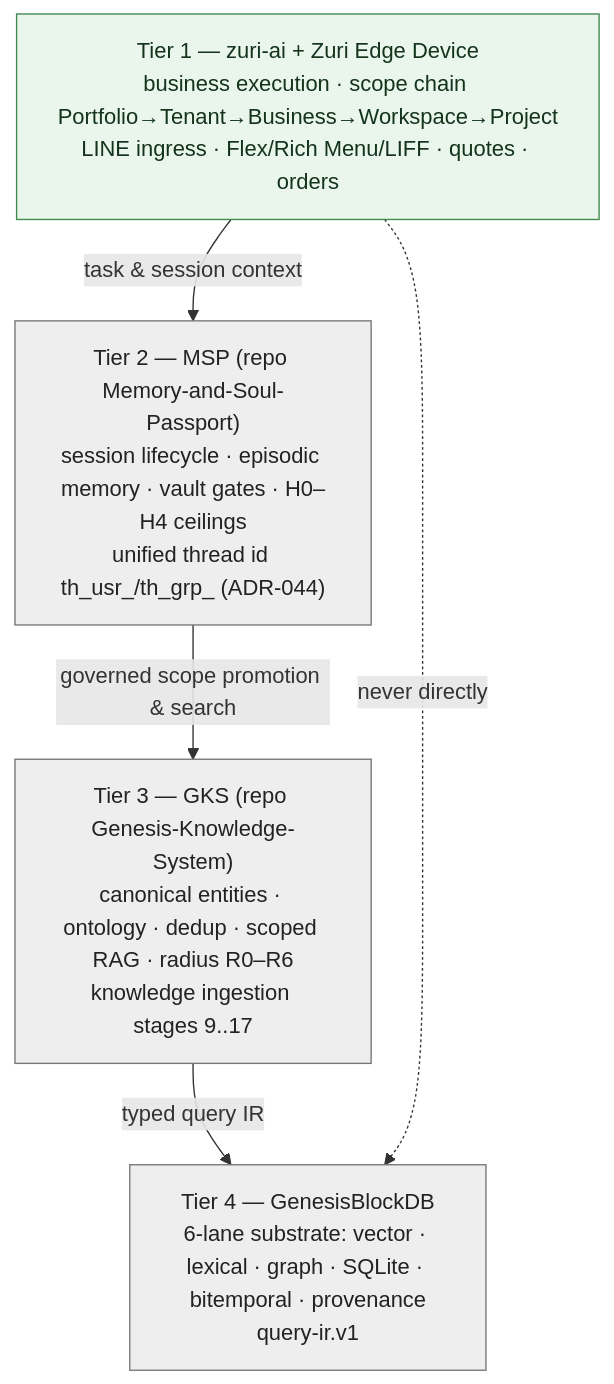
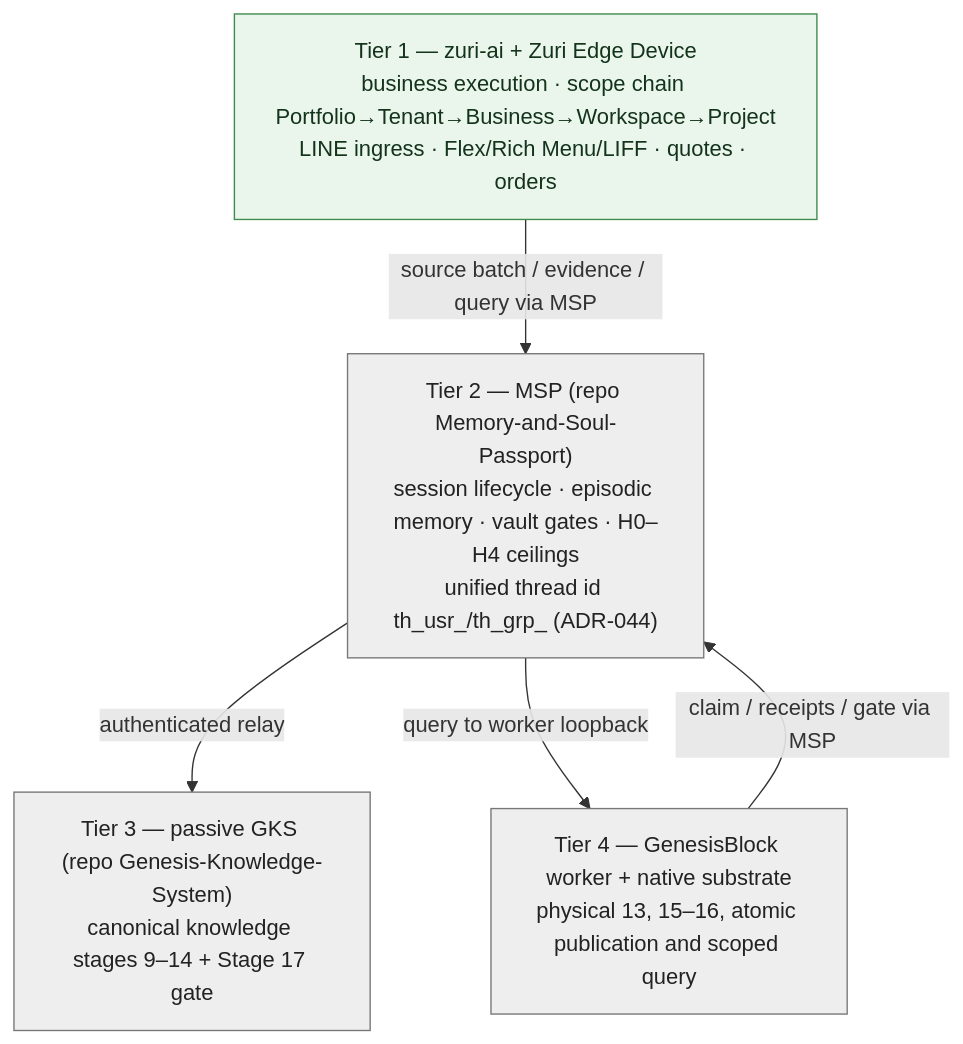
Before and after one commit to Freshair129/zuri.ai: the sixth of 7 diagrams in docs/SYSTEM-DIAGRAM.md, drawn with Mermaid. The commit also changed other lines of this file and 34 other files, not shown here.

Commit message:
docs: map all GenesisRAG17 stages and extension contracts

````diff
--- a/docs/SYSTEM-DIAGRAM.md
+++ b/docs/SYSTEM-DIAGRAM.md
@@ -268,13 +269,15 @@
 ```mermaid
 flowchart TB
   T1["Tier 1 — zuri-ai + Zuri Edge Device<br/>business execution · scope chain Portfolio→Tenant→Business→Workspace→Project<br/>LINE ingress · Flex/Rich Menu/LIFF · quotes · orders"]
   T2["Tier 2 — MSP (repo Memory-and-Soul-Passport)<br/>session lifecycle · episodic memory · vault gates · H0–H4 ceilings<br/>unified thread id th_usr_/th_grp_ (ADR-044)"]
-  T3["Tier 3 — GKS (repo Genesis-Knowledge-System)<br/>canonical entities · ontology · dedup · scoped RAG · radius R0–R6<br/>knowledge ingestion stages 9..17"]
-  T4["Tier 4 — GenesisBlockDB<br/>6-lane substrate: vector · lexical · graph · SQLite · bitemporal · provenance<br/>query-ir.v1"]
-  T1 -->|"task & session context"| T2 -->|"governed scope promotion & search"| T3 -->|"typed query IR"| T4
-  T1 -.->|"never directly"| T4
+  T3["Tier 3 — passive GKS (repo Genesis-Knowledge-System)<br/>canonical knowledge stages 9–14 + Stage 17 gate"]
+  T4["Tier 4 — GenesisBlock worker + native substrate<br/>physical 13, 15–16, atomic publication and scoped query"]
+  T1 -->|"source batch / evidence / query via MSP"| T2
+  T2 -->|"authenticated relay"| T3
+  T4 -->|"claim / receipts / gate via MSP"| T2
+  T2 -->|"query to worker loopback"| T4
   classDef tier fill:#eaf6ec,stroke:#3f8a4d,color:#14331b
   classDef ext fill:#eeeeee,stroke:#777,color:#222
   class T1 tier
   class T2,T3,T4 ext
 ```
````
